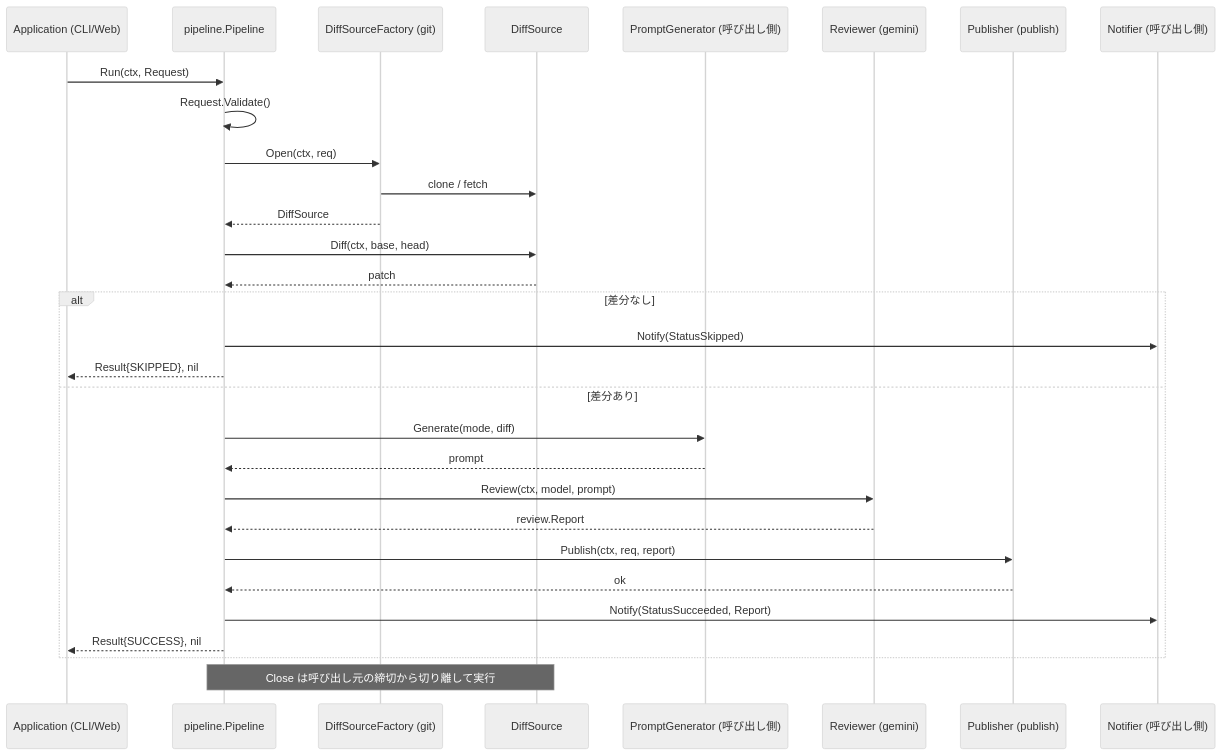
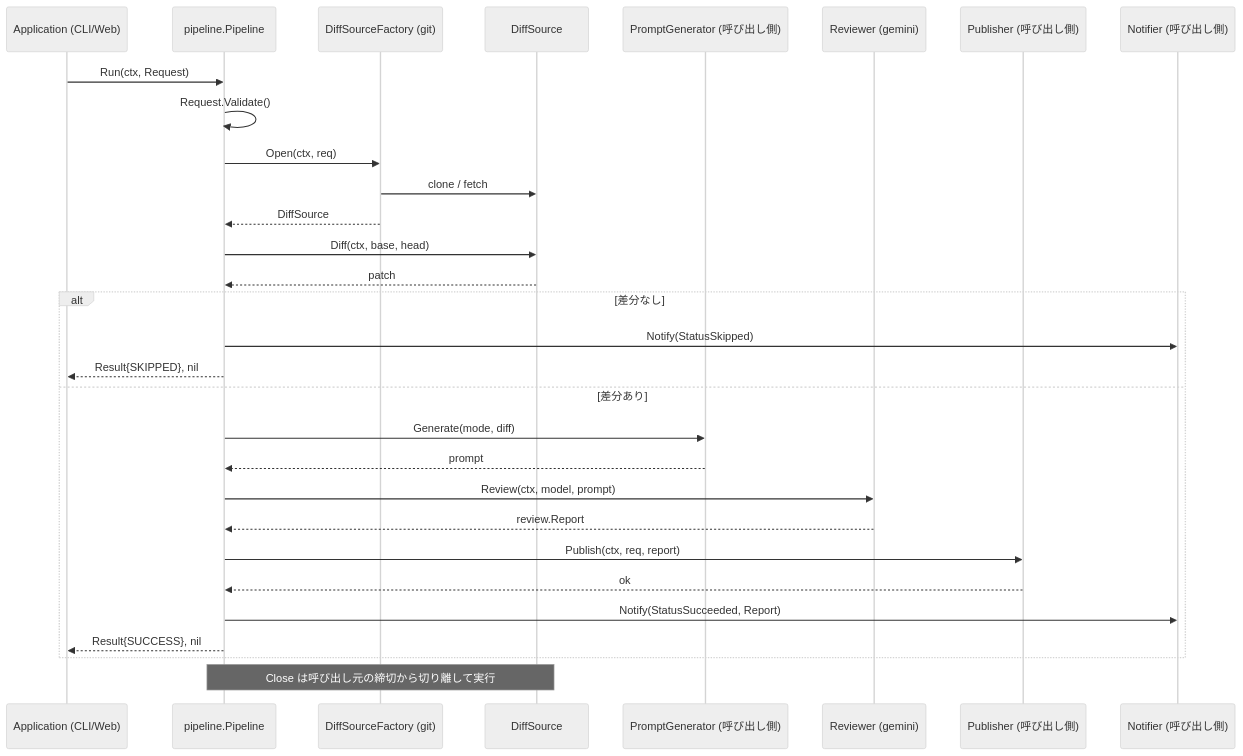
One commit to shouni/go-review-kit changed the diagram in README.md. Above: the diagram before and after it, drawn with Mermaid (neutral theme). The commit also changed other lines of this file and 11 other files, not shown here.

````diff
--- a/README.md
+++ b/README.md
@@ -183,35 +181,35 @@
 ```mermaid
 sequenceDiagram
     participant App as Application (CLI/Web)
     participant PL as pipeline.Pipeline
     participant SF as DiffSourceFactory (git)
     participant DS as DiffSource
     participant PG as PromptGenerator (呼び出し側)
     participant AI as Reviewer (gemini)
-    participant PB as Publisher (publish)
+    participant PB as Publisher (呼び出し側)
     participant NT as Notifier (呼び出し側)
 
     App->>PL: Run(ctx, Request)
     PL->>PL: Request.Validate()
     PL->>SF: Open(ctx, req)
     SF->>DS: clone / fetch
     SF-->>PL: DiffSource
     PL->>DS: Diff(ctx, base, head)
     DS-->>PL: patch
 
     alt 差分なし
         PL->>NT: Notify(StatusSkipped)
         PL-->>App: Result{SKIPPED}, nil
     else 差分あり
         PL->>PG: Generate(mode, diff)
         PG-->>PL: prompt
         PL->>AI: Review(ctx, model, prompt)
         AI-->>PL: review.Report
         PL->>PB: Publish(ctx, req, report)
         PB-->>PL: ok
         PL->>NT: Notify(StatusSucceeded, Report)
         PL-->>App: Result{SUCCESS}, nil
     end
 
     Note over PL,DS: Close は呼び出し元の締切から切り離して実行
 ```
````
